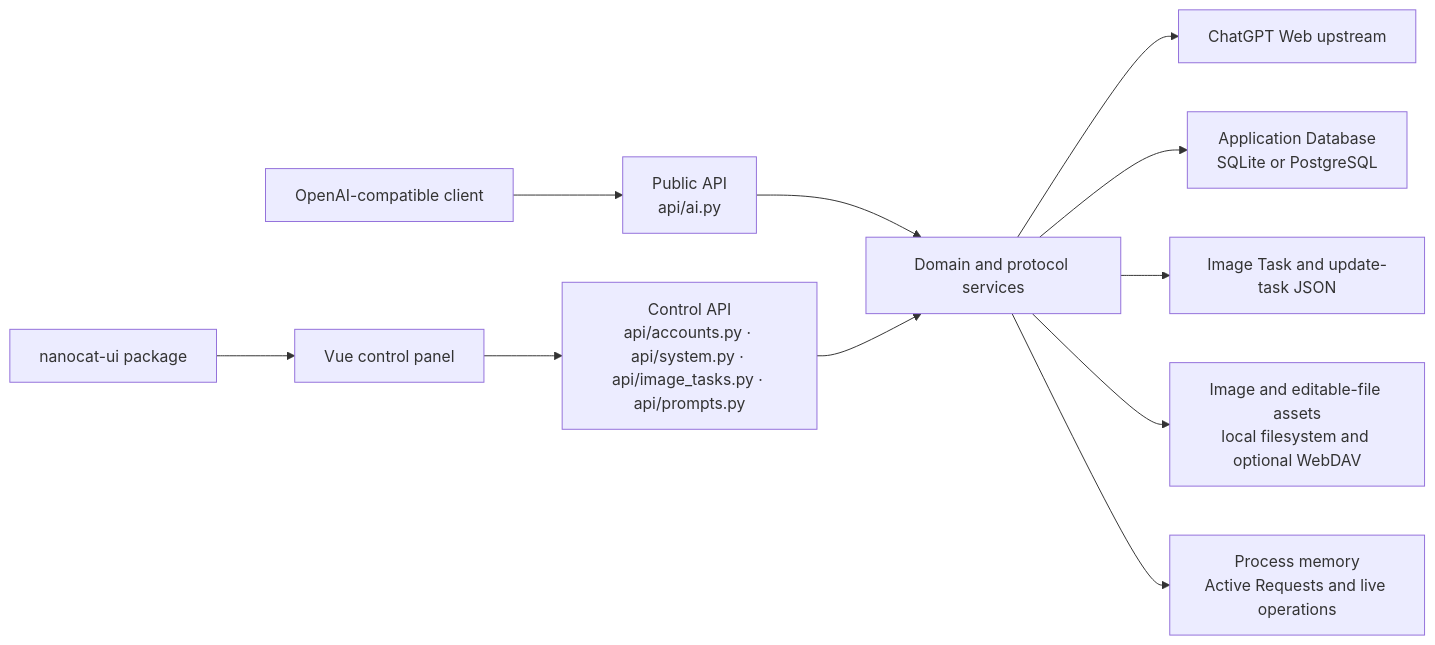
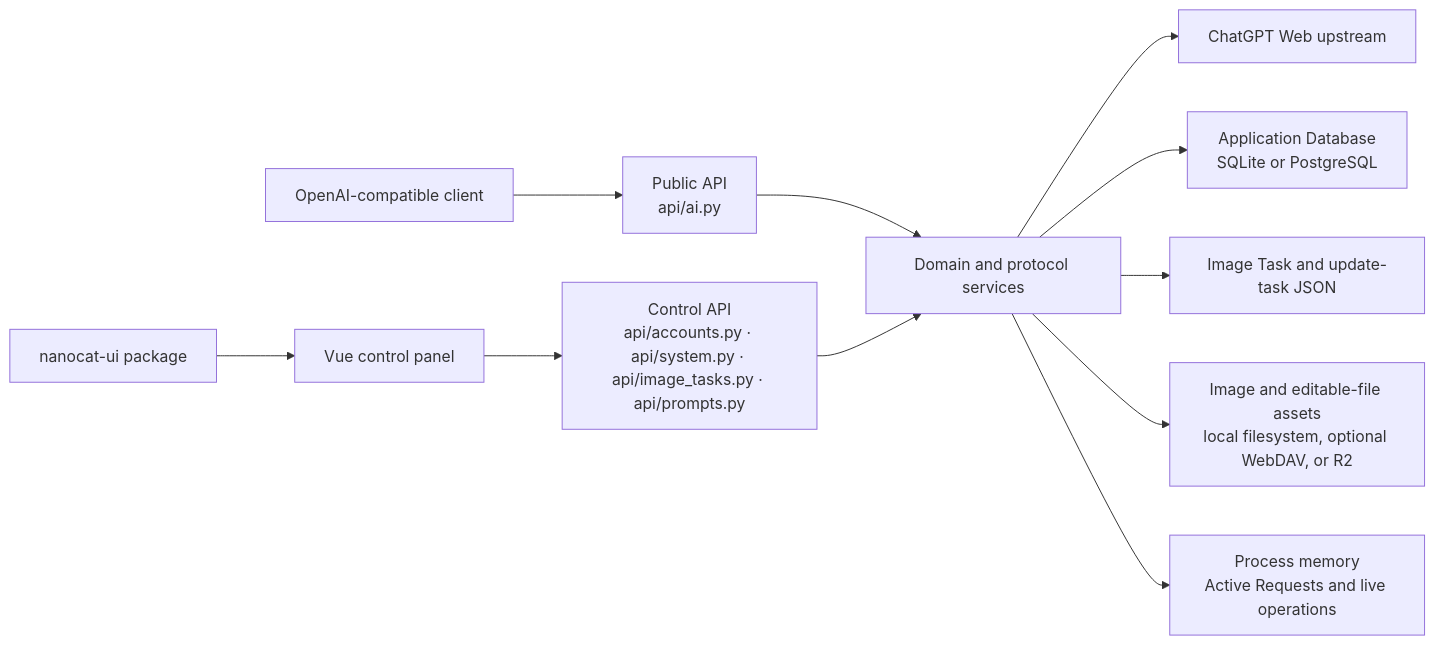
Before and after one commit to biubiubiu125/chatgpt-2api: the diagram in docs/maps/system-map.md, drawn with Mermaid. The commit also changed other lines of this file and 37 other files, not shown here.

Commit message:
图片存储支持 R2，非流式出图改为保活 JSON，发布 0.09。

````diff
--- a/docs/maps/system-map.md
+++ b/docs/maps/system-map.md
@@ -11,13 +11,13 @@
 ```mermaid
 flowchart LR
     Client["OpenAI-compatible client"] --> PublicAPI["Public API<br/>api/ai.py"]
     Browser["Vue control panel"] --> ControlAPI["Control API<br/>api/accounts.py · api/system.py · api/image_tasks.py · api/prompts.py"]
     PublicAPI --> Domain["Domain and protocol services"]
     ControlAPI --> Domain
     Domain --> Upstream["ChatGPT Web upstream"]
     Domain --> AppDB["Application Database<br/>SQLite or PostgreSQL"]
     Domain --> TaskFiles["Image Task and update-task JSON"]
-    Domain --> Assets["Image and editable-file assets<br/>local filesystem and optional WebDAV"]
+    Domain --> Assets["Image and editable-file assets<br/>local filesystem, optional WebDAV, or R2"]
     Domain --> Live["Process memory<br/>Active Requests and live operations"]
     Nanocat["nanocat-ui package"] --> Browser
 ```
````
